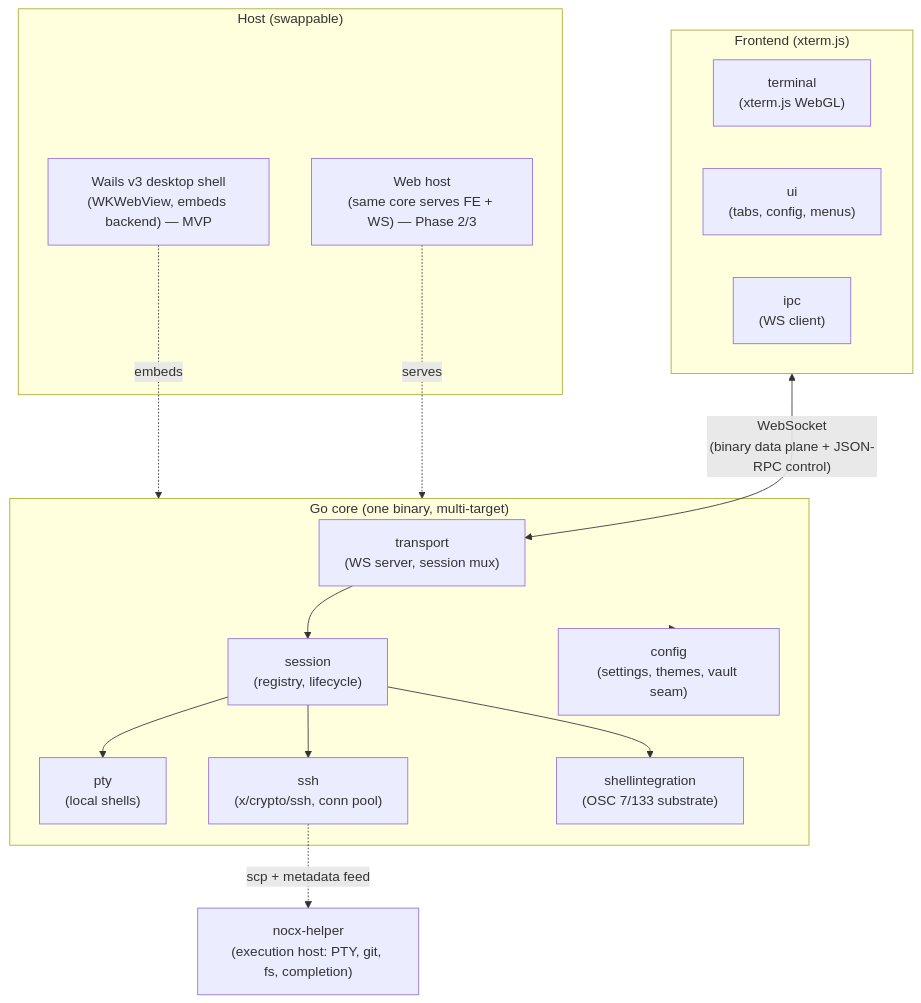
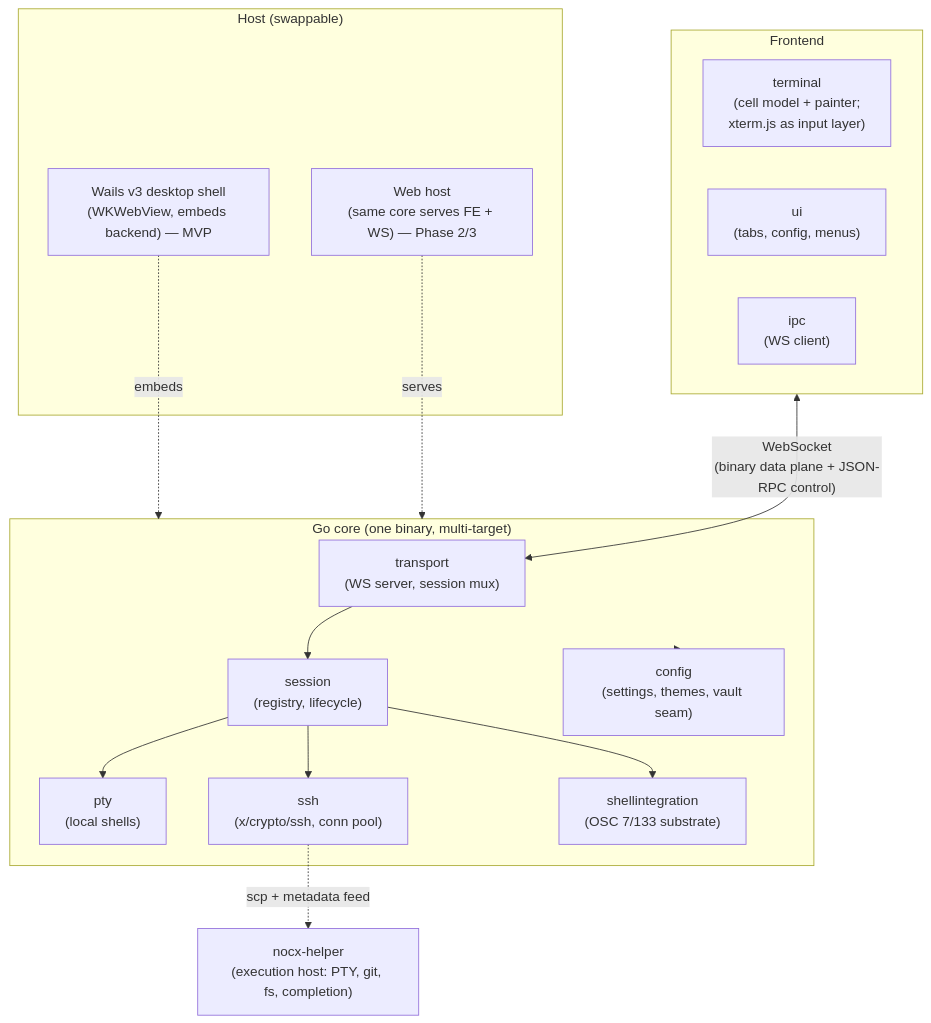
The first of 2 diagrams in docs/architecture.md (avlokhturov/nocx), drawn with Mermaid before and after one commit. The commit also changed other lines of this file, not shown here.

Commit message:
docs(architecture): the overview and component diagram say the painter paints the live grid (nocx-zg3k3.2.18)
The overview still called the frontend an xterm.js (WebGL) one and the component diagram's terminal box said xterm.js WebGL, while the data flow and module map were already corrected. Both now say what the tree does: the cell model and painter paint the runtime's frames, and xterm.js is the invisible input layer until nocx-zg3k3.8. Found by the codex re-review of the stage's fixes.

````diff
--- a/docs/architecture.md
+++ b/docs/architecture.md
@@ -16,34 +16,34 @@
 ```mermaid
 graph TB
     subgraph host["Host (swappable)"]
         wails["Wails v3 desktop shell<br/>(WKWebView, embeds backend) — MVP"]
         webhost["Web host<br/>(same core serves FE + WS) — Phase 2/3"]
     end
 
-    subgraph fe["Frontend (xterm.js)"]
-        terminal["terminal<br/>(xterm.js WebGL)"]
+    subgraph fe["Frontend"]
+        terminal["terminal<br/>(cell model + painter;<br/>xterm.js as input layer)"]
         ui["ui<br/>(tabs, config, menus)"]
         ipc["ipc<br/>(WS client)"]
     end
 
     subgraph core["Go core (one binary, multi-target)"]
         transport["transport<br/>(WS server, session mux)"]
         session["session<br/>(registry, lifecycle)"]
         pty["pty<br/>(local shells)"]
         ssh["ssh<br/>(x/crypto/ssh, conn pool)"]
         config["config<br/>(settings, themes, vault seam)"]
         shellint["shellintegration<br/>(OSC 7/133 substrate)"]
     end
 
     remote["nocx-helper<br/>(execution host: PTY, git, fs, completion)"]
 
     wails -.embeds.-> core
     webhost -.serves.-> core
     fe <-->|"WebSocket<br/>(binary data plane + JSON-RPC control)"| transport
     transport --> session
     session --> pty
     session --> ssh
     session --> shellint
     core --> config
     ssh -.->|"scp + metadata feed"| remote
 ```
````
